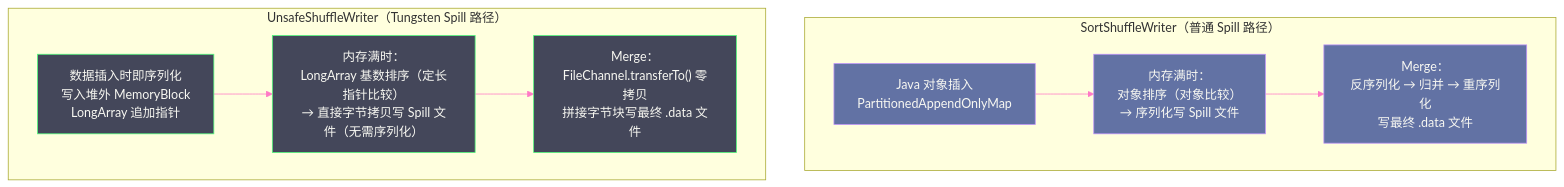
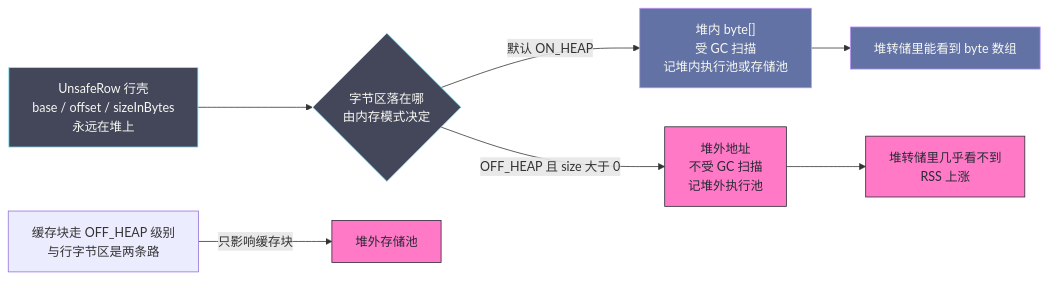
One commit to hpliStartAgain/my-brain changed the second of 5 diagrams in content/大数据/Spark/Spark-Shuffle与内存管理机制深度解析/09 堆外内存与 Tungsten Unsafe 内存世界.md. Above: the diagram before and after it, drawn with Mermaid. The commit also changed other lines of this file and 455 other files, not shown here.

````diff
--- a/content/大数据/Spark/Spark-Shuffle与内存管理机制深度解析/09 堆外内存与 Tungsten Unsafe 内存世界.md
+++ b/content/大数据/Spark/Spark-Shuffle与内存管理机制深度解析/09 堆外内存与 Tungsten Unsafe 内存世界.md
@@ -339,19 +72,17 @@
 ```mermaid
-%%{init: {"theme": "dracula", "themeVariables": {"primaryColor": "#6272a4", "primaryTextColor": "#f8f8f2", "primaryBorderColor": "#bd93f9", "lineColor": "#ff79c6", "secondaryColor": "#44475a", "tertiaryColor": "#282a36"}}}%%
-graph TD
-    subgraph "SortShuffleWriter（普通 Spill 路径）"
-        A1["Java 对象插入</br>PartitionedAppendOnlyMap"] --> B1["内存满时：</br>对象排序（对象比较）</br>→ 序列化写 Spill 文件"]
-        B1 --> C1["Merge：</br>反序列化 → 归并 → 重序列化</br>写最终 .data 文件"]
-    end
-
-    subgraph "UnsafeShuffleWriter（Tungsten Spill 路径）"
-        A2["数据插入时即序列化</br>写入堆外 MemoryBlock</br>LongArray 追加指针"] --> B2["内存满时：</br>LongArray 基数排序（定长指针比较）</br>→ 直接字节拷贝写 Spill 文件（无需序列化）"]
-        B2 --> C2["Merge：</br>FileChannel.transferTo() 零拷贝</br>拼接字节块写最终 .data 文件"]
-    end
-
-    classDef normal fill:#6272a4,stroke:#bd93f9,color:#f8f8f2
-    classDef tungsten fill:#44475a,stroke:#50fa7b,color:#f8f8f2
-
-    class A1,B1,C1 normal
-    class A2,B2,C2 tungsten
+%%{init: {'theme': 'dracula'}}%%
+flowchart LR
+    U["UnsafeRow 行壳<br/>base / offset / sizeInBytes<br/>永远在堆上"] --> B{"字节区落在哪<br/>由内存模式决定"}
+    B -- "默认 ON_HEAP" --> H["堆内 byte[]<br/>受 GC 扫描<br/>记堆内执行池或存储池"]
+    B -- "OFF_HEAP 且 size 大于 0" --> O["堆外地址<br/>不受 GC 扫描<br/>记堆外执行池"]
+    H --> Q1["堆转储里能看到 byte 数组"]
+    O --> Q2["堆转储里几乎看不到<br/>RSS 上涨"]
+    S["缓存块走 OFF_HEAP 级别<br/>与行字节区是两条路"] -->|只影响缓存块| O2["堆外存储池"]
+    classDef q fill:#44475a,stroke:#8be9fd,color:#f8f8f2
+    classDef heap fill:#6272a4,stroke:#bd93f9,color:#f8f8f2
+    classDef off fill:#ff79c6,stroke:#282a36,color:#282a36
+    class U q
+    class B q
+    class H,Q1 heap
+    class O,Q2,O2 off
 ```
````
